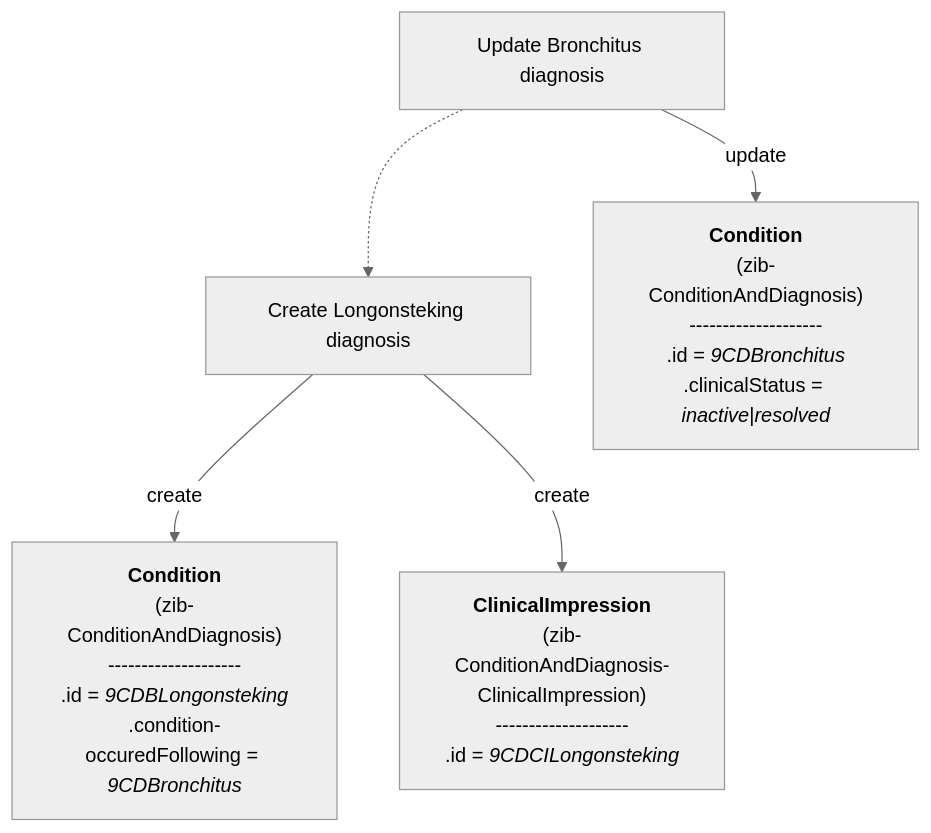
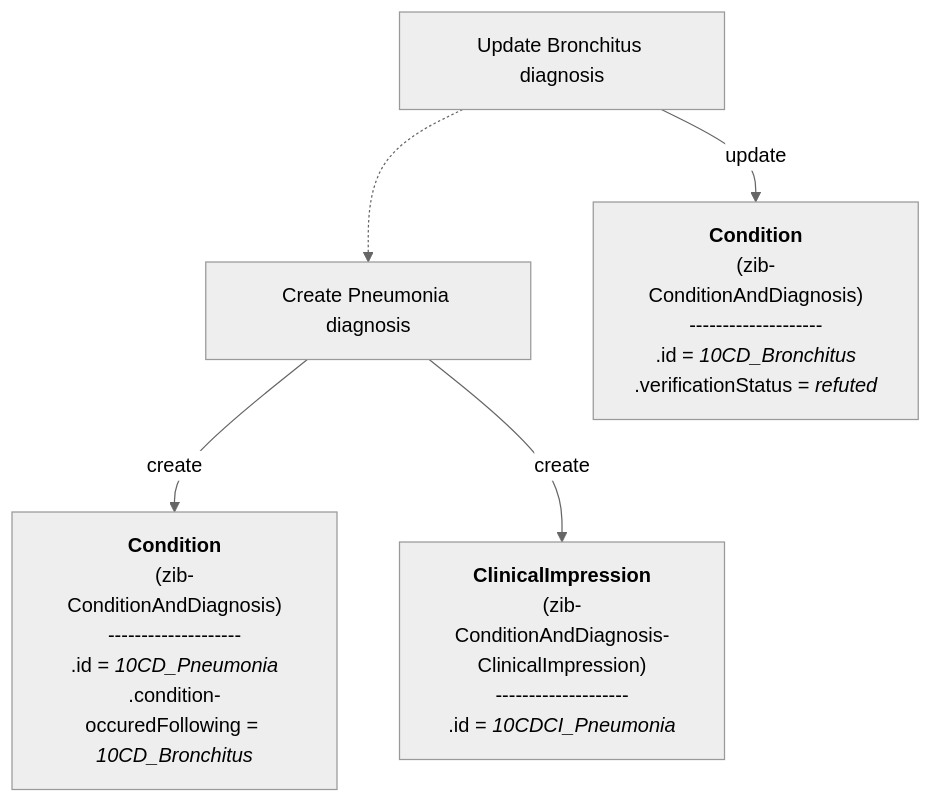
One commit to Nictiz/Nictiz-R4-zib2024 changed diagram 12 of 16 in documentation/Condition-Diagnosis-Symptom.md. Above: the diagram before and after it, drawn with Mermaid (neutral theme). The commit also changed other lines of this file, not shown here.

````diff
--- a/documentation/Condition-Diagnosis-Symptom.md
+++ b/documentation/Condition-Diagnosis-Symptom.md
@@ -425,39 +421,39 @@
 ```mermaid
 flowchart TB
 
 UpdateDiagnosis_A["`Update Bronchitus diagnosis`"]
-CreateDiagnosis_B["`Create Longonsteking diagnosis`"]
+CreateDiagnosis_B["`Create Pneumonia diagnosis`"]
 
 UpdateDiagnosis_A -.-> CreateDiagnosis_B
 
     CD_Bronchitus["`
             **Condition**
             (zib-ConditionAndDiagnosis)
             --------------------
-            .id = _9CDBronchitus_
-            .clinicalStatus = _inactive_|_resolved_
+            .id = _10CD_Bronchitus_
+            .verificationStatus = _refuted_
         `"] 
-    CD_Longonsteking["`
+    CD_Pneumonia["`
             **Condition**
             (zib-ConditionAndDiagnosis)
             --------------------
-            .id = _9CDBLongonsteking_
-            .condition-occuredFollowing = _9CDBronchitus_
+            .id = _10CD_Pneumonia_
+            .condition-occuredFollowing = _10CD_Bronchitus_
         `"] 
-    CDCI_Longonsteking["`
+    CDCI_Pneumonia["`
         **ClinicalImpression**
         (zib-ConditionAndDiagnosis-ClinicalImpression)
         --------------------
-        .id = _9CDCILongonsteking_
+        .id = _10CDCI_Pneumonia_
         `"] 
    
     CD_Bronchitus:::Ash
-    CD_Longonsteking:::Ash
-    CDCI_Longonsteking:::Ash
+    CD_Pneumonia:::Ash
+    CDCI_Pneumonia:::Ash
     classDef Ash stroke-width:1px, stroke-dasharray:none, stroke:#999999, fill:#EEEEEE, color:#000000
 
 UpdateDiagnosis_A -- update --> CD_Bronchitus
-CreateDiagnosis_B -- create --> CD_Longonsteking
-CreateDiagnosis_B -- create --> CDCI_Longonsteking
+CreateDiagnosis_B -- create --> CD_Pneumonia
+CreateDiagnosis_B -- create --> CDCI_Pneumonia
 
 ```
````
